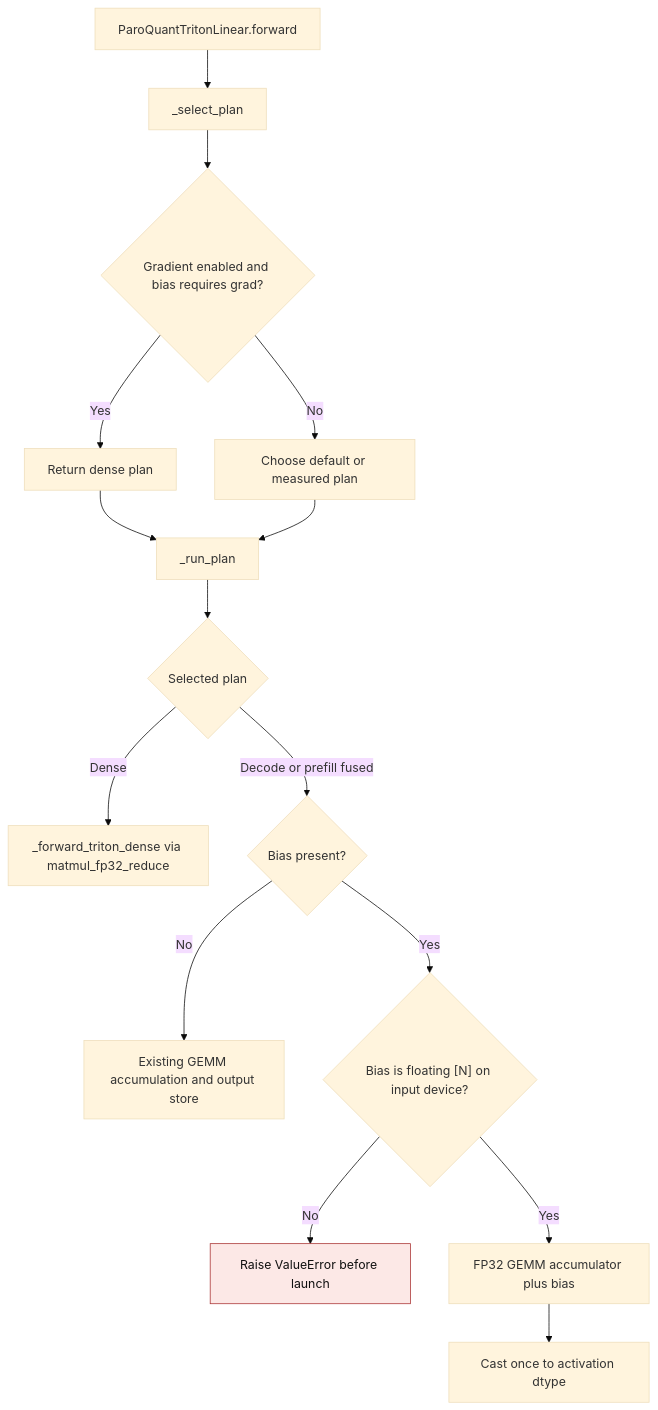
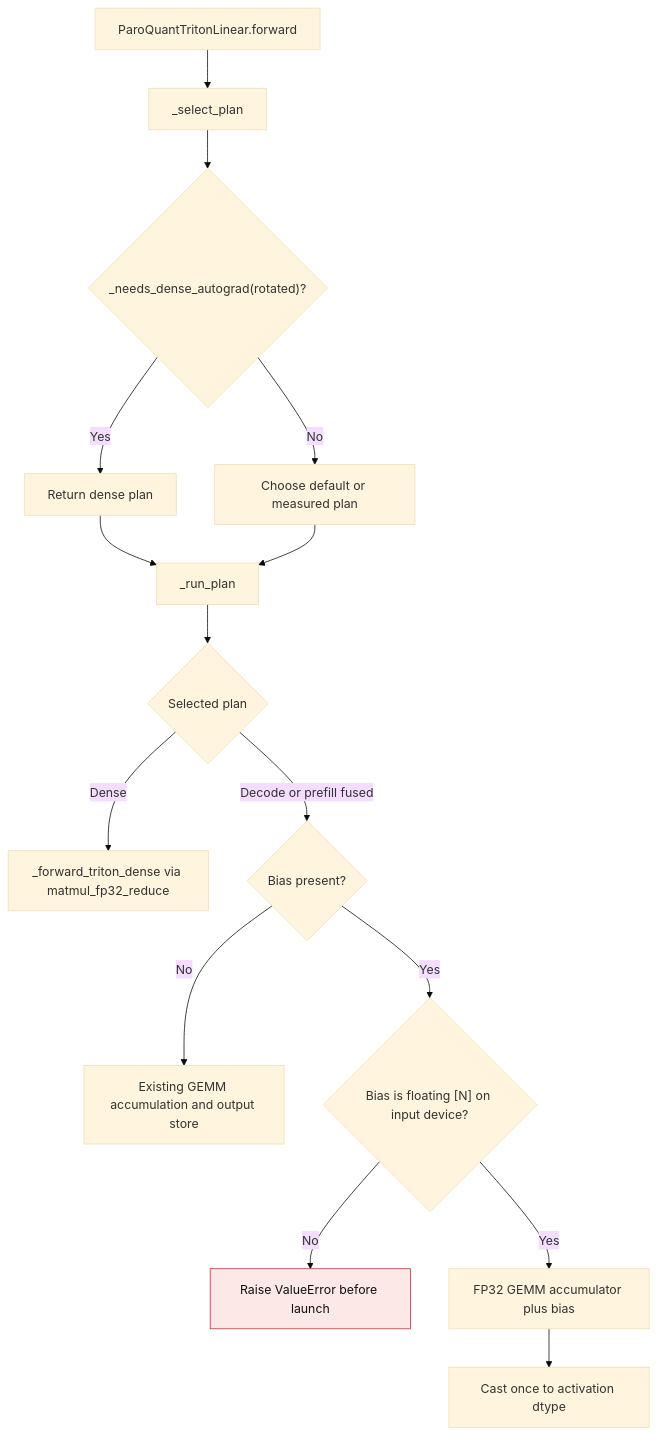
One commit to ModelCloud/GPTQModel changed the diagram in docs/paroquant.md. Above: the diagram before and after it, drawn with Mermaid (base theme). The commit also changed other lines of this file and 2 other files, not shown here.

Commit message:
fix(cuda): preserve ParoQuant input gradients via dense plan

````diff
--- a/docs/paroquant.md
+++ b/docs/paroquant.md
@@ -26,19 +27,19 @@
 ```mermaid
 flowchart TD
     A["ParoQuantTritonLinear.forward"] --> B["_select_plan"]
-    B --> C{"Gradient enabled and bias requires grad?"}
+    B --> C{"_needs_dense_autograd(rotated)?"}
     C -- "Yes" --> D["Return dense plan"]
     C -- "No" --> E["Choose default or measured plan"]
     D --> F["_run_plan"]
     E --> F
     F --> G{"Selected plan"}
     G -- "Dense" --> H["_forward_triton_dense via matmul_fp32_reduce"]
     G -- "Decode or prefill fused" --> I{"Bias present?"}
     I -- "No" --> J["Existing GEMM accumulation and output store"]
     I -- "Yes" --> K{"Bias is floating [N] on input device?"}
     K -- "No" --> L["Raise ValueError before launch"]
     K -- "Yes" --> M["FP32 GEMM accumulator plus bias"]
     M --> N["Cast once to activation dtype"]
     classDef failure fill:#fce8e6,stroke:#a33,color:#111
     class L failure
 ```
````
